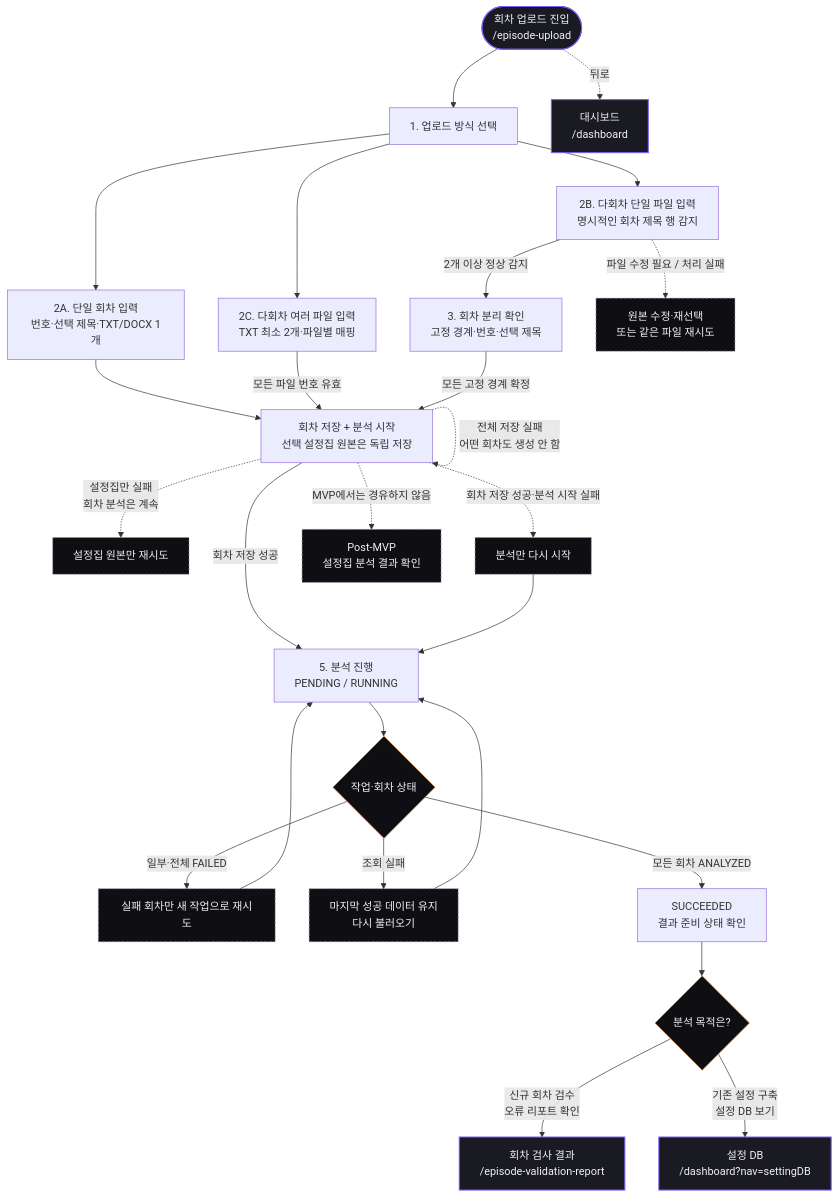
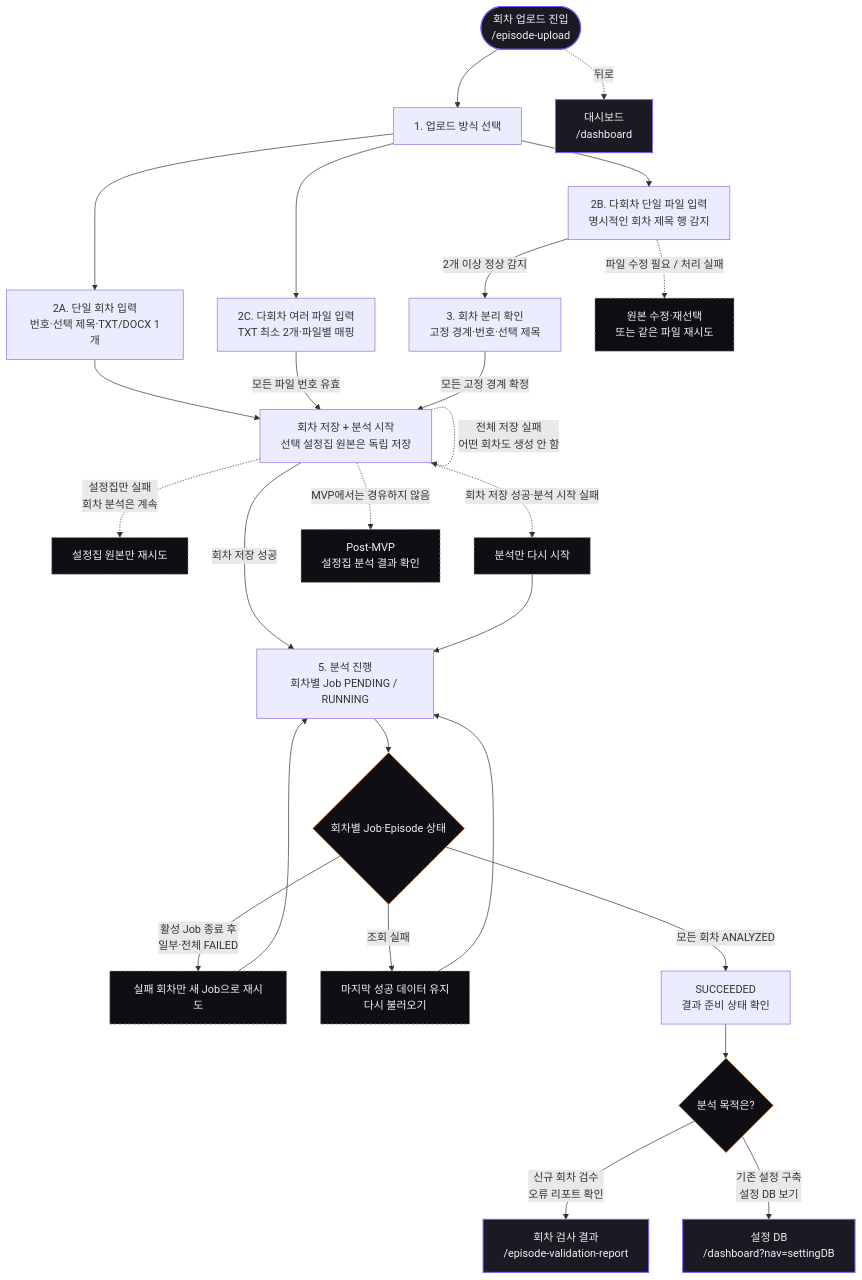
One commit to catchhole-soma/catchhole-front changed the sixth of 7 diagrams in docs/screen-flow.md. Above: the diagram before and after it, drawn with Mermaid. The commit also changed other lines of this file and 4 other files, not shown here.

First line of the commit message:
docs(episode): 회차별 분석과 업로드 상태 계약을 동기화한다

````diff
--- a/docs/screen-flow.md
+++ b/docs/screen-flow.md
@@ -304,39 +305,39 @@
 ```mermaid
 flowchart TD
   start(["회차 업로드 진입<br/>/episode-upload"]):::private --> mode["1. 업로드 방식 선택"]
 
   mode --> mA["2A. 단일 회차 입력<br/>번호·선택 제목·TXT/DOCX 1개"]
   mode --> mB["2B. 다회차 단일 파일 입력<br/>명시적인 회차 제목 행 감지"]
   mode --> mC["2C. 다회차 여러 파일 입력<br/>TXT 최소 2개·파일별 매핑"]
 
   mB -- "2개 이상 정상 감지" --> bp["3. 회차 분리 확인<br/>고정 경계·번호·선택 제목"]
   mB -. "파일 수정 필요 / 처리 실패" .-> mBState["원본 수정·재선택<br/>또는 같은 파일 재시도"]:::modal
 
   mA --> persist["회차 저장 + 분석 시작<br/>선택 설정집 원본은 독립 저장"]
   mC -- "모든 파일 번호 유효" --> persist
   bp -- "모든 고정 경계 확정" --> persist
 
-  persist -- "회차 저장 성공" --> proc["5. 분석 진행<br/>PENDING / RUNNING"]
+  persist -- "회차 저장 성공" --> proc["5. 분석 진행<br/>회차별 Job PENDING / RUNNING"]
   persist -. "전체 저장 실패<br/>어떤 회차도 생성 안 함" .-> persist
   persist -. "설정집만 실패<br/>회차 분석은 계속" .-> retrySetting["설정집 원본만 재시도"]:::modal
   persist -. "회차 저장 성공·분석 시작 실패" .-> retryAnalysis["분석만 다시 시작"]:::modal
   retryAnalysis --> proc
 
-  proc --> state{"작업·회차 상태"}:::decision
-  state -- "일부·전체 FAILED" --> retry["실패 회차만 새 작업으로 재시도"]:::modal --> proc
+  proc --> state{"회차별 Job·Episode 상태"}:::decision
+  state -- "활성 Job 종료 후<br/>일부·전체 FAILED" --> retry["실패 회차만 새 Job으로 재시도"]:::modal --> proc
   state -- "조회 실패" --> reload["마지막 성공 데이터 유지<br/>다시 불러오기"]:::modal --> proc
   state -- "모든 회차 ANALYZED" --> success["SUCCEEDED<br/>결과 준비 상태 확인"]
 
   success --> qPur{"분석 목적은?"}:::decision
   qPur -- "신규 회차 검수<br/>오류 리포트 확인" --> valreport["회차 검사 결과<br/>/episode-validation-report"]:::private
   qPur -- "기존 설정 구축<br/>설정 DB 보기" --> settingDB["설정 DB<br/>/dashboard?nav=settingDB"]:::private
 
   postMvp["Post-MVP<br/>설정집 분석 결과 확인"]:::modal
   persist -. "MVP에서는 경유하지 않음" .-> postMvp
 
   start -. "뒤로" .-> dashboard["대시보드<br/>/dashboard"]:::private
 
   classDef private fill:#1A1A22,stroke:#7C5CFC,stroke-width:1.5px,color:#F0F0F5;
   classDef modal fill:#0F0F13,stroke:#9090A8,stroke-dasharray:4 3,color:#F0F0F5;
   classDef decision fill:#0F0F13,stroke:#F4A261,color:#F0F0F5;
 ```
````
